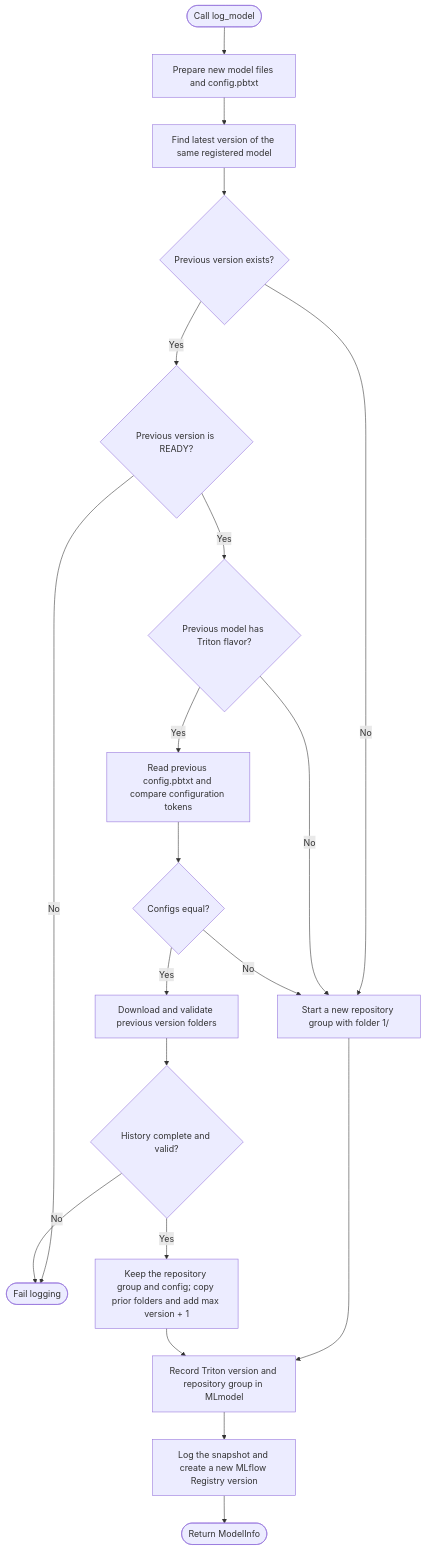
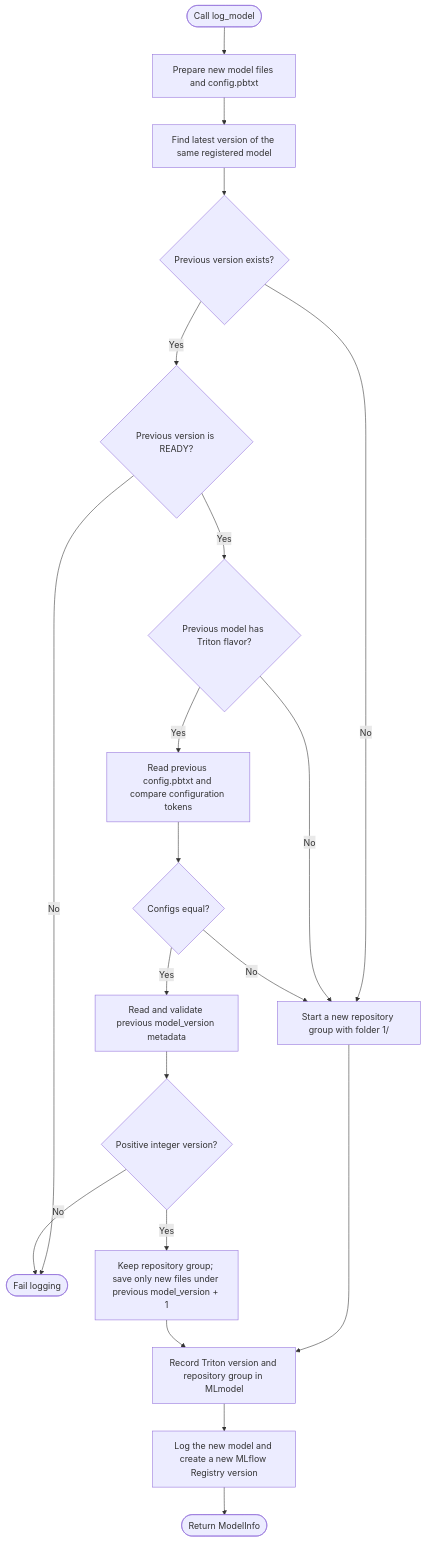
One commit to ai-lab-tech/mlflow-plugin changed the diagram in packages/mlflow-triton/ADVANCED.md. Above: the diagram before and after it, drawn with Mermaid. The commit also changed other lines of this file and 5 other files, not shown here.

Commit message:
feat: update Triton model versioning logic to retain only new model files and enhance README and ADVANCED documentation

````diff
--- a/packages/mlflow-triton/ADVANCED.md
+++ b/packages/mlflow-triton/ADVANCED.md
@@ -88,22 +88,22 @@
 ```mermaid
 flowchart TD
     Start(["Call log_model"]) --> Prepare["Prepare new model files and config.pbtxt"]
     Prepare --> Lookup["Find latest version of the same registered model"]
     Lookup --> Previous{"Previous version exists?"}
     Previous -->|No| Fresh["Start a new repository group with folder 1/"]
     Previous -->|Yes| Ready{"Previous version is READY?"}
     Ready -->|No| Fail(["Fail logging"])
     Ready -->|Yes| Flavor{"Previous model has Triton flavor?"}
     Flavor -->|No| Fresh
     Flavor -->|Yes| Compare["Read previous config.pbtxt and compare configuration tokens"]
     Compare --> Equal{"Configs equal?"}
     Equal -->|No| Fresh
-    Equal -->|Yes| History["Download and validate previous version folders"]
-    History --> Valid{"History complete and valid?"}
+    Equal -->|Yes| Version["Read and validate previous model_version metadata"]
+    Version --> Valid{"Positive integer version?"}
     Valid -->|No| Fail
-    Valid -->|Yes| Append["Keep the repository group and config; copy prior folders and add max version + 1"]
+    Valid -->|Yes| Append["Keep repository group; save only new files under previous model_version + 1"]
     Fresh --> Metadata["Record Triton version and repository group in MLmodel"]
     Append --> Metadata
-    Metadata --> Log["Log the snapshot and create a new MLflow Registry version"]
+    Metadata --> Log["Log the new model and create a new MLflow Registry version"]
     Log --> Done(["Return ModelInfo"])
 ```
````
